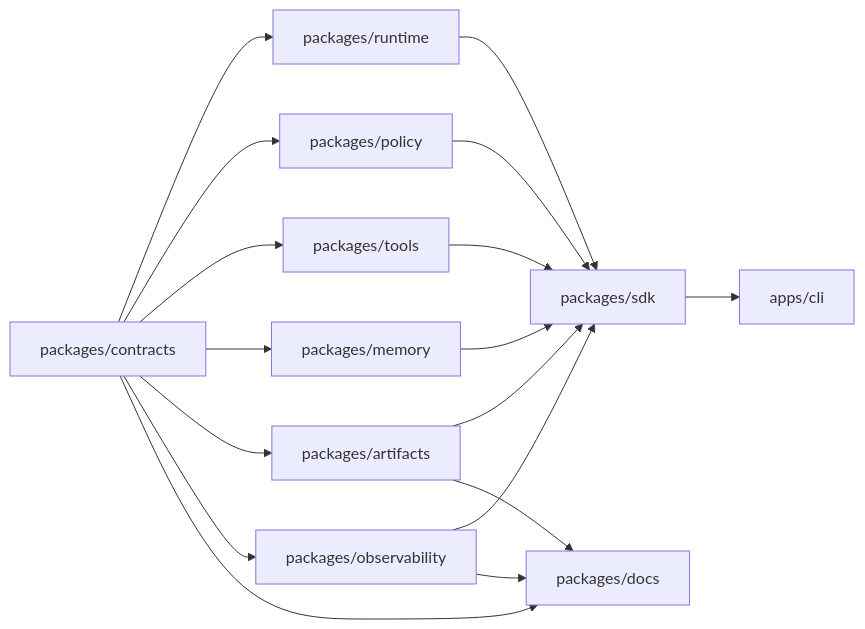
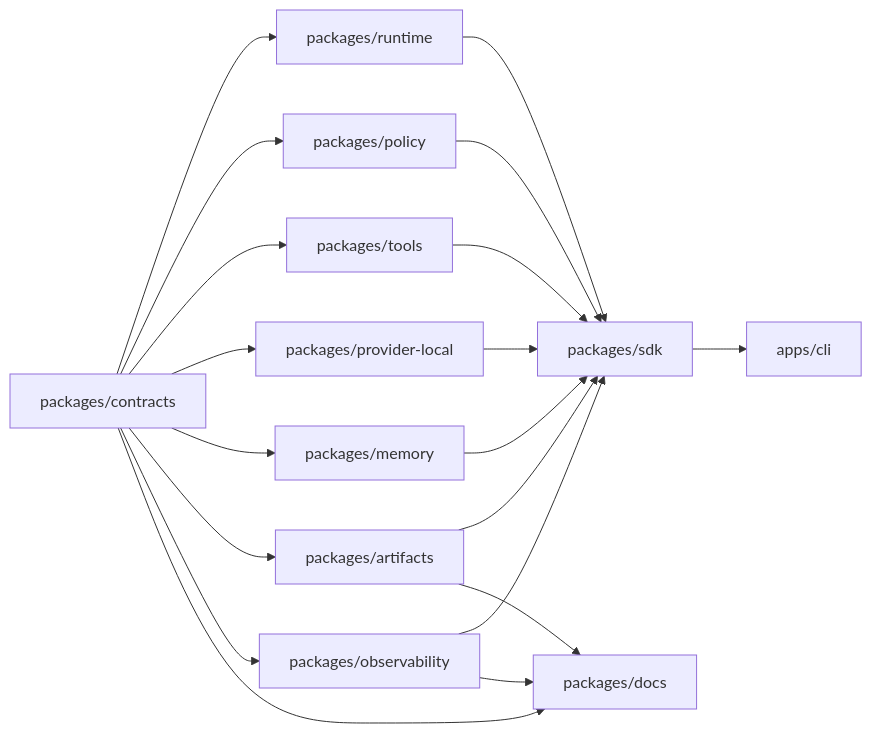
One commit to JamiStudio/jami-harness changed the diagram in apps/docs/system-map.mdx. Above: the diagram before and after it, drawn with Mermaid. The commit also changed other lines of this file and 31 other files, not shown here.

First line of the commit message:
feat(provider): add local deterministic workflow foundation

````diff
--- a/apps/docs/system-map.mdx
+++ b/apps/docs/system-map.mdx
@@ -15,29 +15,32 @@
 ```mermaid
 flowchart LR
   contracts[packages/contracts]
   runtime[packages/runtime]
   policy[packages/policy]
   tools[packages/tools]
+  provider[packages/provider-local]
   memory[packages/memory]
   artifacts[packages/artifacts]
   observability[packages/observability]
   sdk[packages/sdk]
   cli[apps/cli]
   docs[packages/docs]
   contracts --> runtime
   contracts --> policy
   contracts --> tools
+  contracts --> provider
   contracts --> memory
   contracts --> artifacts
   contracts --> observability
   runtime --> sdk
   policy --> sdk
   tools --> sdk
+  provider --> sdk
   memory --> sdk
   artifacts --> sdk
   observability --> sdk
   sdk --> cli
   contracts --> docs
   artifacts --> docs
   observability --> docs
 ```
````
